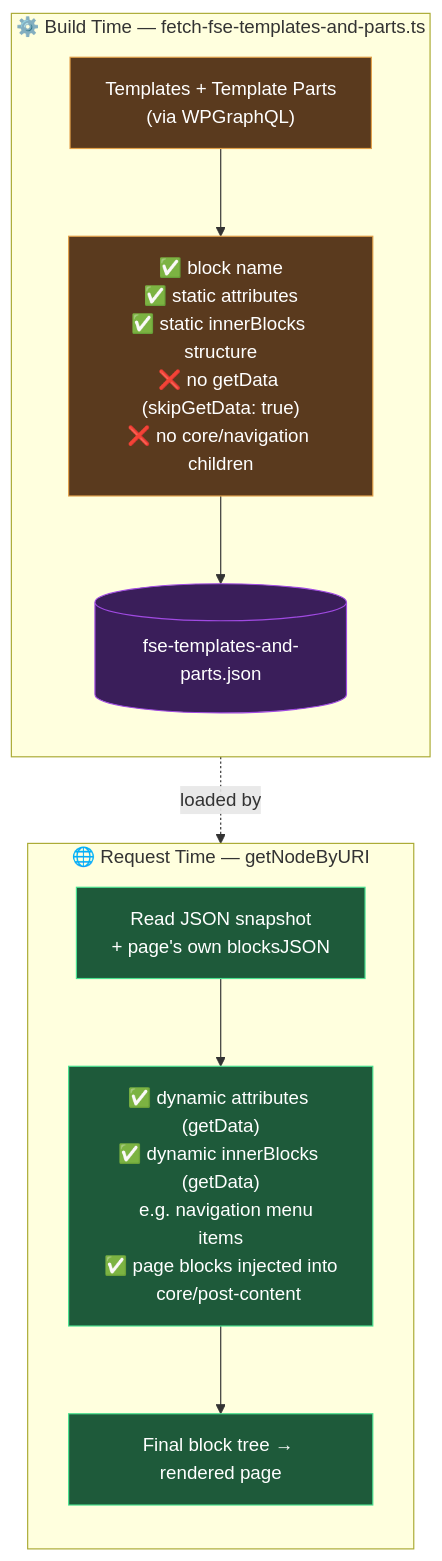
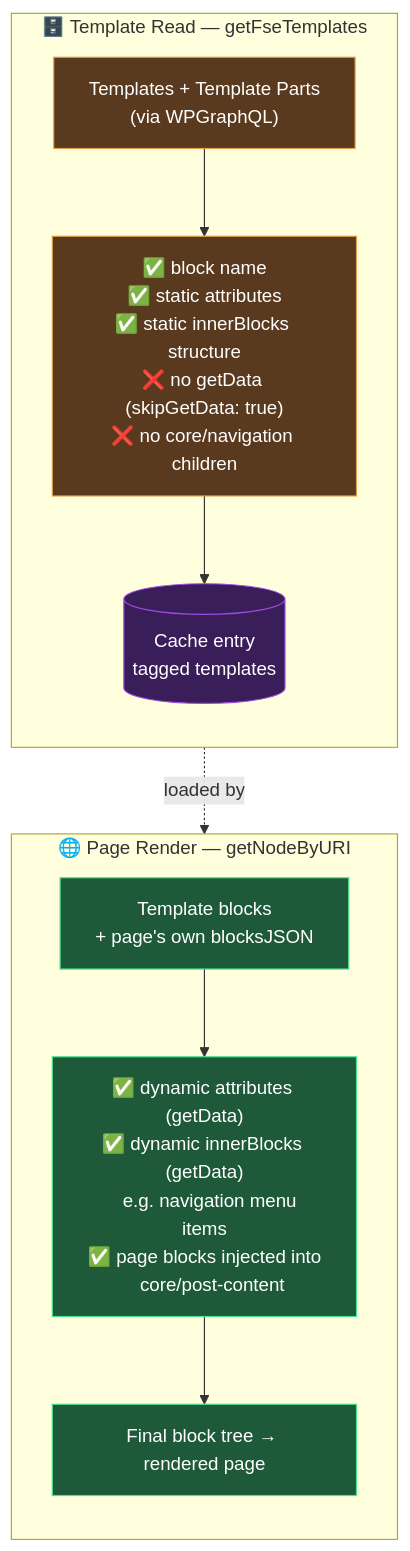
One commit to superhuit-agency/superstack changed the diagram in docs/fse-templating.md. Above: the diagram before and after it, drawn with Mermaid. The commit also changed other lines of this file and 11 other files, not shown here.

First line of the commit message:
✨ feat(cache): read FSE templates at runtime, refreshed by tag

````diff
--- a/docs/fse-templating.md
+++ b/docs/fse-templating.md
@@ -39,27 +39,27 @@
 ```mermaid
 flowchart TB
-    subgraph BuildTime["⚙️ Build Time — fetch-fse-templates-and-parts.ts"]
+    subgraph TemplateRead["🗄️ Template Read — getFseTemplates"]
         direction TB
         B1["Templates + Template Parts<br/>(via WPGraphQL)"]
         B2["✅ block name<br/>✅ static attributes<br/>✅ static innerBlocks structure<br/>❌ no getData (skipGetData: true)<br/>❌ no core/navigation children"]
-        JSON[("fse-templates-and-parts.json")]
-        B1 --> B2 --> JSON
+        CACHE[("Cache entry<br/>tagged templates")]
+        B1 --> B2 --> CACHE
     end
 
-    subgraph RequestTime["🌐 Request Time — getNodeByURI"]
+    subgraph RequestTime["🌐 Page Render — getNodeByURI"]
         direction TB
-        R1["Read JSON snapshot<br/>+ page's own blocksJSON"]
+        R1["Template blocks<br/>+ page's own blocksJSON"]
         R2["✅ dynamic attributes (getData)<br/>✅ dynamic innerBlocks (getData)<br/>   e.g. navigation menu items<br/>✅ page blocks injected into<br/>   core/post-content"]
         OUT["Final block tree → rendered page"]
         R1 --> R2 --> OUT
     end
 
-    JSON -.loaded by.-> R1
+    CACHE -.loaded by.-> R1
 
     classDef build fill:#5a3a1e,stroke:#e2a04a,color:#fff
     classDef request fill:#1e5a3a,stroke:#4ae290,color:#fff
     classDef data fill:#3a1e5a,stroke:#a04ae2,color:#fff
     class B1,B2 build
     class R1,R2,OUT request
-    class JSON data
+    class CACHE data
 ```
````
